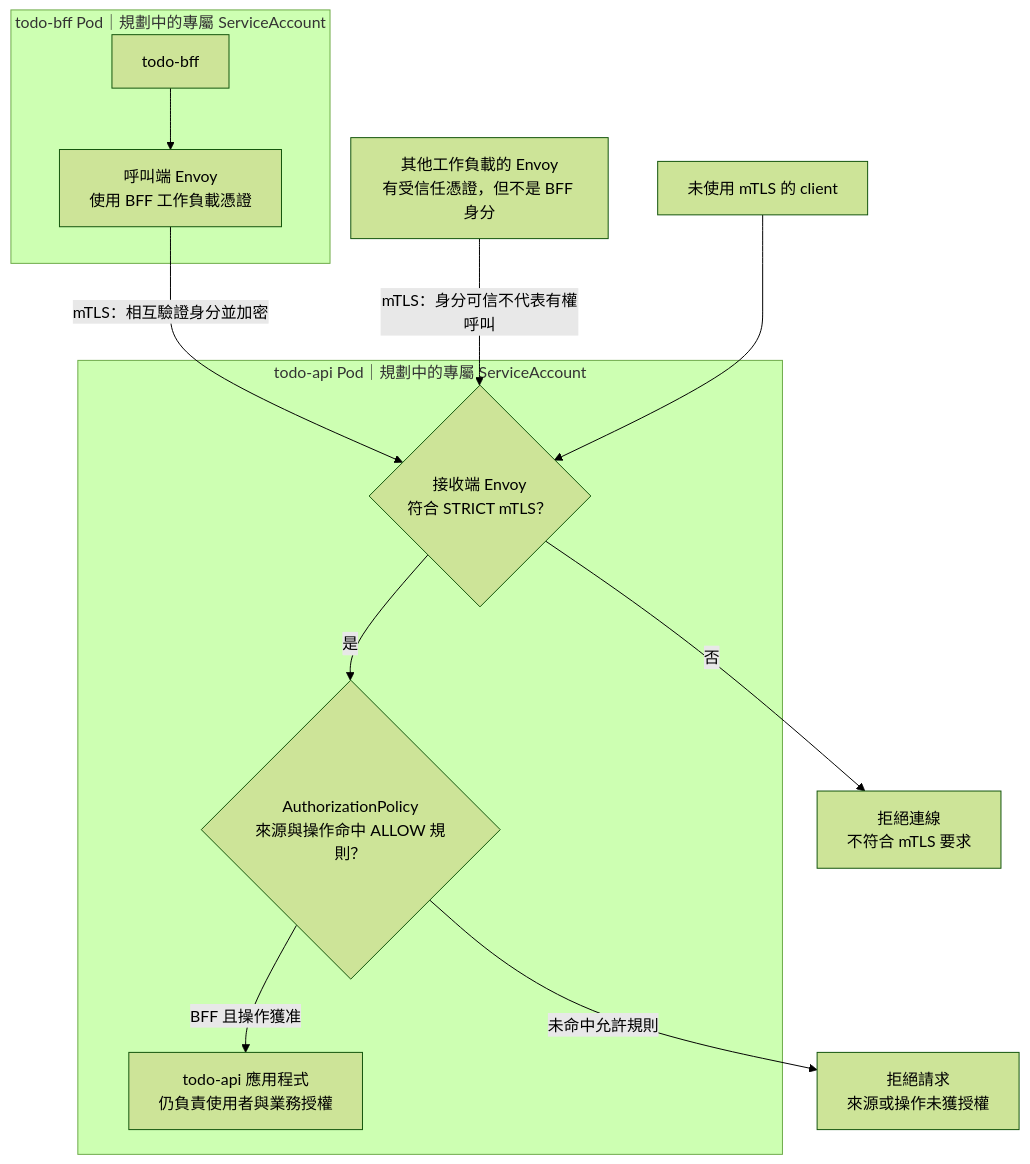
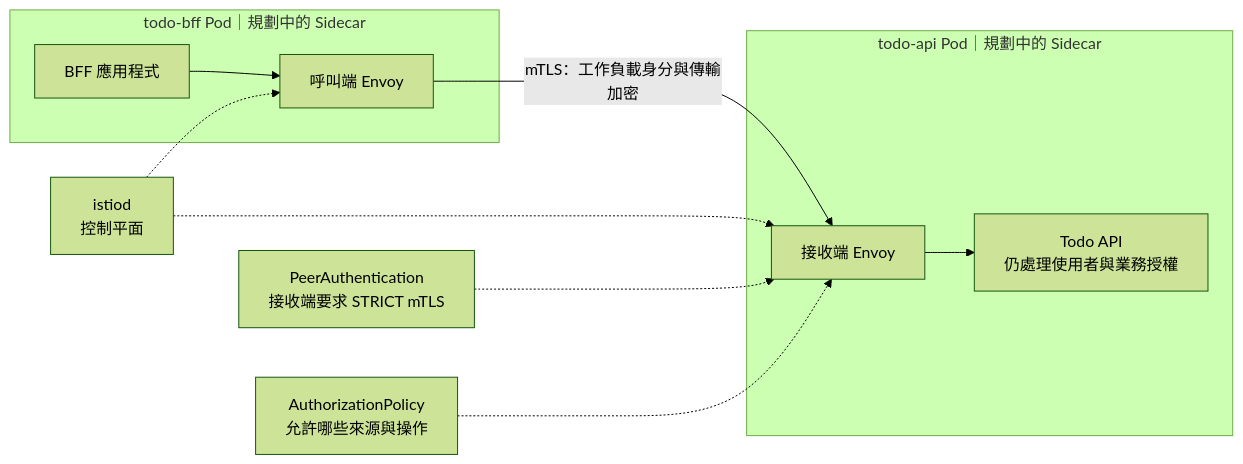
One commit to yrw9281/IT30.Platform.Engineering changed the diagram in doc/zh-tw/D29.md. Above: the diagram before and after it, drawn with Mermaid (forest theme). The commit also changed other lines of this file and 30 other files, not shown here.

````diff
--- a/doc/zh-tw/D29.md
+++ b/doc/zh-tw/D29.md
@@ -27,20 +15,14 @@
 ```mermaid
-flowchart TD
-    subgraph BFFPod["todo-bff Pod｜規劃中的專屬 ServiceAccount"]
-        BFF["todo-bff"] --> BFFProxy["呼叫端 Envoy<br/>使用 BFF 工作負載憑證"]
+flowchart LR
+    subgraph BFFPod["todo-bff Pod｜規劃中的 Sidecar"]
+        BFF["BFF 應用程式"] --> Out["呼叫端 Envoy"]
     end
-    Other["其他工作負載的 Envoy<br/>有受信任憑證，但不是 BFF 身分"]
-    Plain["未使用 mTLS 的 client"]
-    subgraph APIPod["todo-api Pod｜規劃中的專屬 ServiceAccount"]
-        TLS{"接收端 Envoy<br/>符合 STRICT mTLS？"}
-        Policy{"AuthorizationPolicy<br/>來源與操作命中 ALLOW 規則？"}
-        API["todo-api 應用程式<br/>仍負責使用者與業務授權"]
+    subgraph APIPod["todo-api Pod｜規劃中的 Sidecar"]
+        In["接收端 Envoy"] --> API["Todo API<br/>仍處理使用者與業務授權"]
     end
-    BFFProxy -->|"mTLS：相互驗證身分並加密"| TLS
-    Other -->|"mTLS：身分可信不代表有權呼叫"| TLS
-    Plain --> TLS
-    TLS -->|"否"| TLSReject["拒絕連線<br/>不符合 mTLS 要求"]
-    TLS -->|"是"| Policy
-    Policy -->|"BFF 且操作獲准"| API
-    Policy -->|"未命中允許規則"| AuthReject["拒絕請求<br/>來源或操作未獲授權"]
+    Out -->|"mTLS：工作負載身分與傳輸加密"| In
+    Istiod["istiod<br/>控制平面"] -.-> Out
+    Istiod -.-> In
+    TLS["PeerAuthentication<br/>接收端要求 STRICT mTLS"] -.-> In
+    Policy["AuthorizationPolicy<br/>允許哪些來源與操作"] -.-> In
 ```
````
